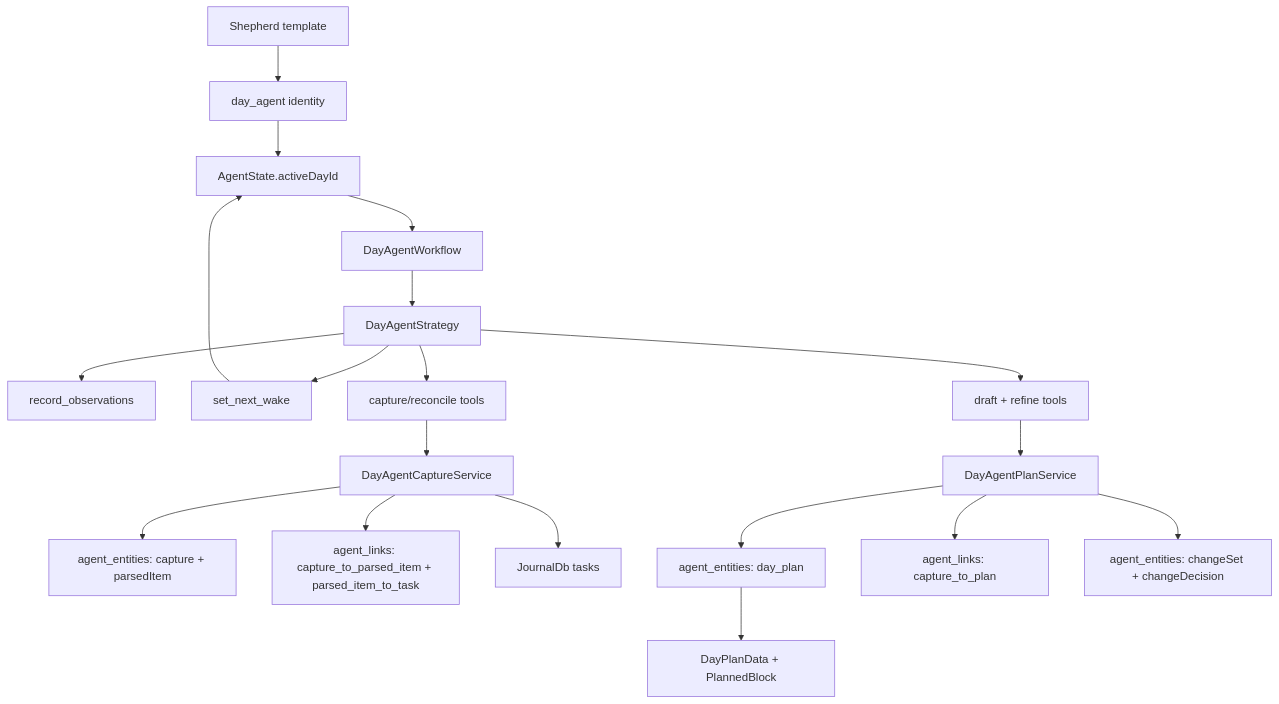
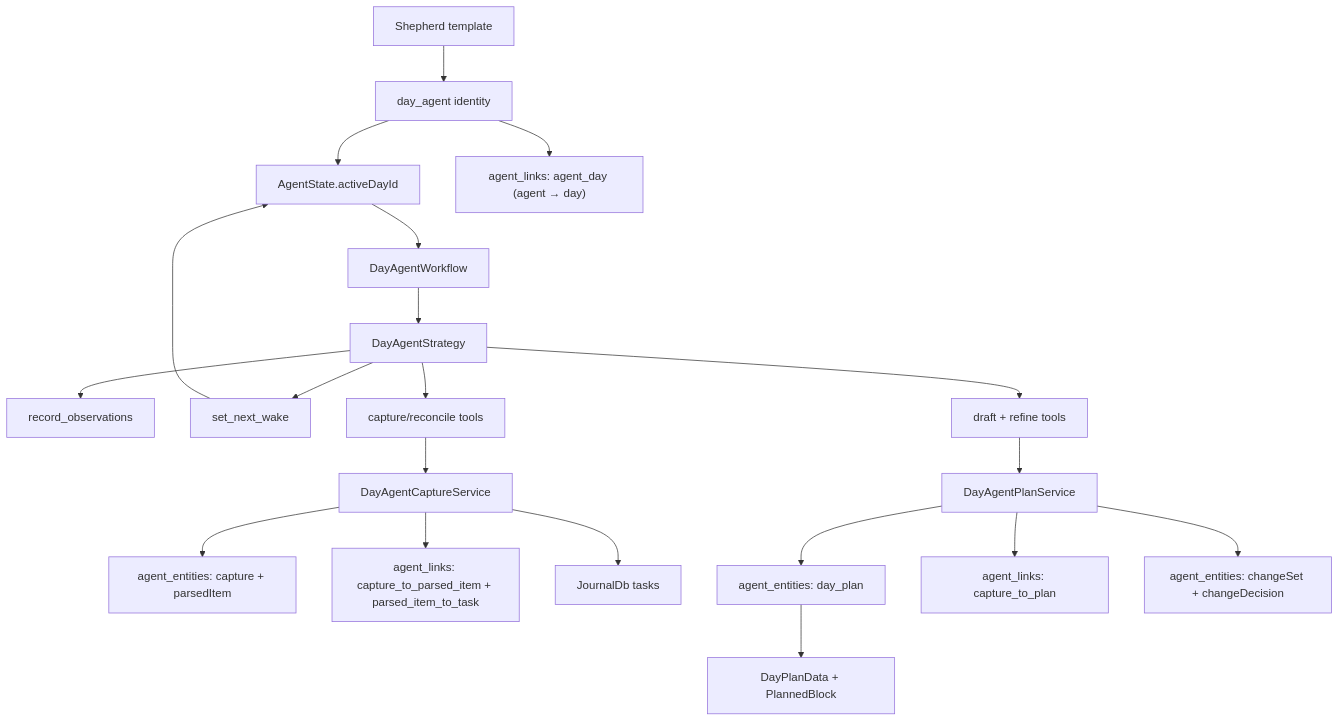
Before and after one commit to matthiasn/lotti: the first of 3 diagrams in lib/features/daily_os_next/README.md, drawn with Mermaid. The commit also changed other lines of this file and 11 other files, not shown here.

Commit message:
feat: add agentDay link backing activeDayId

````diff
--- a/lib/features/daily_os_next/README.md
+++ b/lib/features/daily_os_next/README.md
@@ -21,21 +21,22 @@
 ```mermaid
 flowchart TD
   Template["Shepherd template"] --> Identity["day_agent identity"]
   Identity --> State["AgentState.activeDayId"]
+  Identity --> DayLink["agent_links: agent_day (agent → day)"]
   State --> Wake["DayAgentWorkflow"]
   Wake --> Strategy["DayAgentStrategy"]
   Strategy --> Observe["record_observations"]
   Strategy --> Schedule["set_next_wake"]
   Strategy --> CaptureTools["capture/reconcile tools"]
   CaptureTools --> CaptureService["DayAgentCaptureService"]
   CaptureService --> Entities["agent_entities: capture + parsedItem"]
   CaptureService --> Links["agent_links: capture_to_parsed_item + parsed_item_to_task"]
   CaptureService --> Tasks["JournalDb tasks"]
   Strategy --> PlanTools["draft + refine tools"]
   PlanTools --> PlanService["DayAgentPlanService"]
   PlanService --> DayPlan["agent_entities: day_plan"]
   PlanService --> PlanLinks["agent_links: capture_to_plan"]
   PlanService --> RefineSets["agent_entities: changeSet + changeDecision"]
   DayPlan --> SharedModel["DayPlanData + PlannedBlock"]
   Schedule --> State
 ```
````
